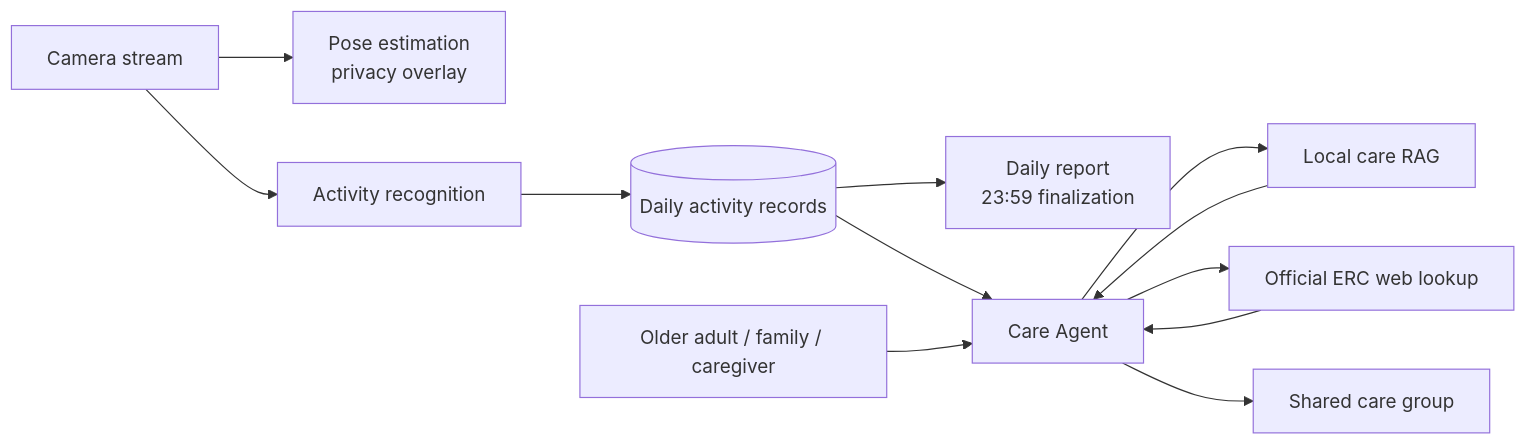
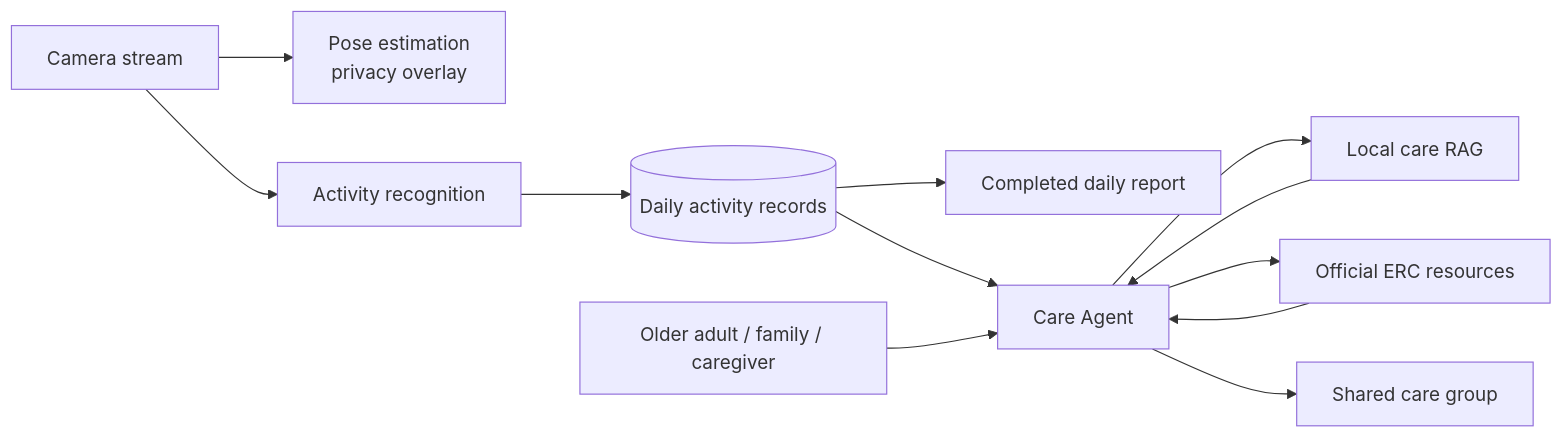
Before and after one commit to HenryyyW/ElderCare-showcase: the diagram in README.md, drawn with Mermaid. The commit also changed other lines of this file and 5 other files, not shown here.

````diff
--- a/README.md
+++ b/README.md
@@ -22,14 +20,14 @@
 ```mermaid
 flowchart LR
     Camera[Camera stream] --> Privacy[Pose estimation\nprivacy overlay]
     Camera --> Activity[Activity recognition]
     Activity --> Records[(Daily activity records)]
-    Records --> Reports[Daily report\n23:59 finalization]
+    Records --> Reports[Completed daily report]
     Records --> Agent[Care Agent]
     User[Older adult / family / caregiver] --> Agent
     Agent --> RAG[Local care RAG]
-    Agent --> ERC[Official ERC web lookup]
+    Agent --> ERC[Official ERC resources]
     RAG --> Agent
     ERC --> Agent
     Agent --> Shared[Shared care group]
 ```
````
